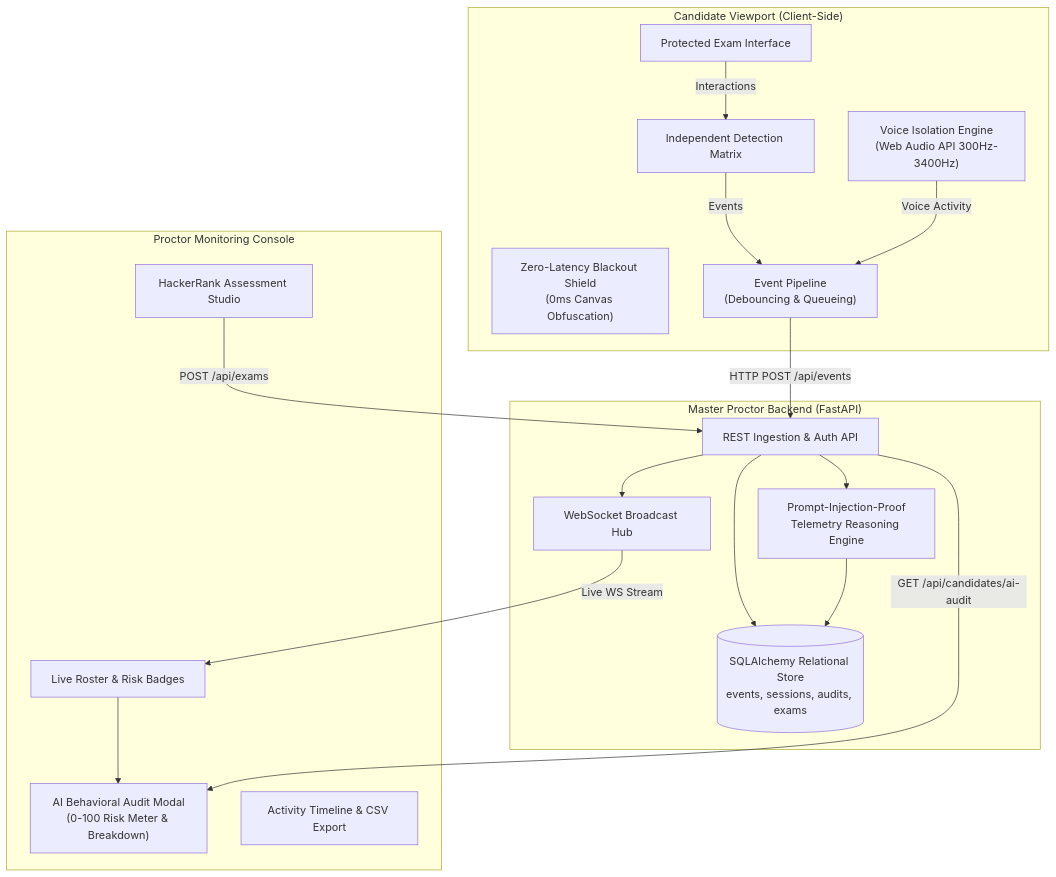
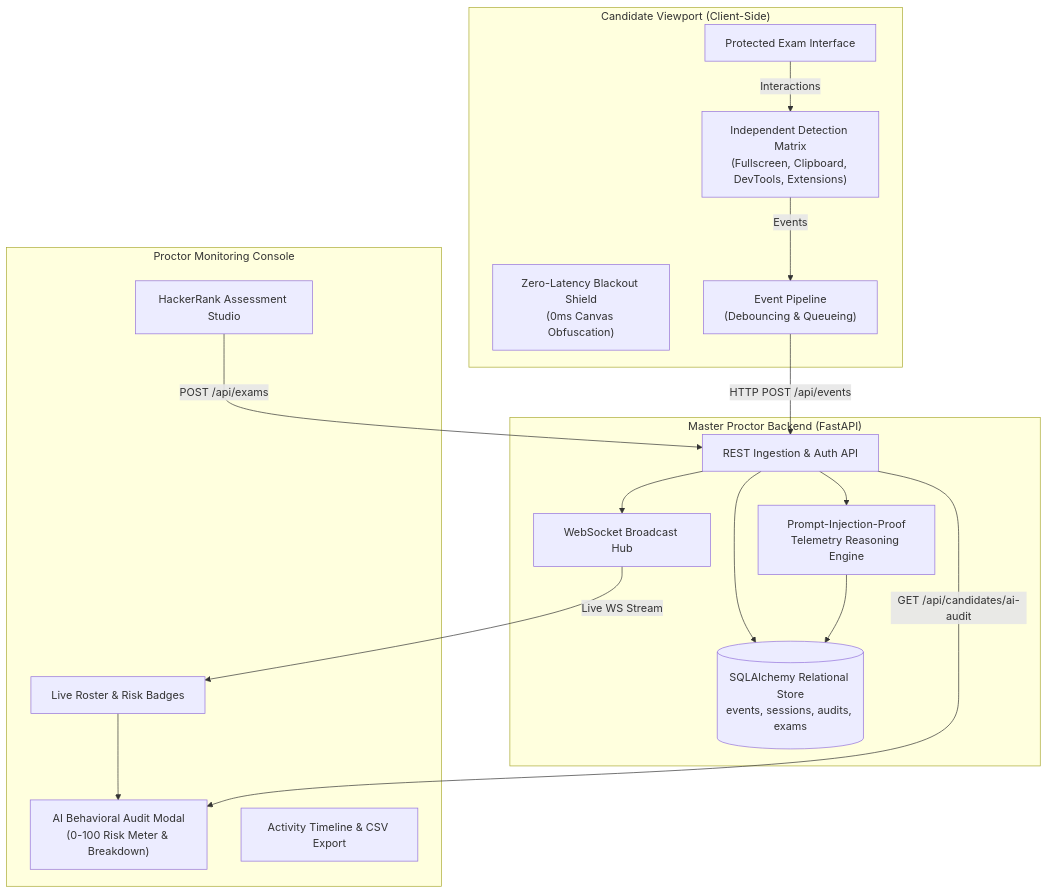
One commit to Yash201005/master-proctor changed the diagram in ExamShield/README.md. Above: the diagram before and after it, drawn with Mermaid. The commit also changed other lines of this file and 7 other files, not shown here.

````diff
--- a/ExamShield/README.md
+++ b/ExamShield/README.md
@@ -45,38 +44,36 @@
 ```mermaid
 flowchart TD
     subgraph Candidate_Browser["Candidate Viewport (Client-Side)"]
         UI["Protected Exam Interface"]
-        DET["Independent Detection Matrix"]
-        AUD["Voice Isolation Engine\n(Web Audio API 300Hz-3400Hz)"]
+        DET["Independent Detection Matrix\n(Fullscreen, Clipboard, DevTools, Extensions)"]
         SHIELD["Zero-Latency Blackout Shield\n(0ms Canvas Obfuscation)"]
         
         DET -->|Events| PIPE["Event Pipeline\n(Debouncing & Queueing)"]
-        AUD -->|Voice Activity| PIPE
         UI -->|Interactions| DET
     end
 
     subgraph Backend_Server["Master Proctor Backend (FastAPI)"]
         API["REST Ingestion & Auth API"]
         WS_HUB["WebSocket Broadcast Hub"]
         AI_ENGINE["Prompt-Injection-Proof\nTelemetry Reasoning Engine"]
         DB[(SQLAlchemy Relational Store\nevents, sessions, audits, exams)]
         
         API --> DB
         API --> WS_HUB
         API --> AI_ENGINE
         AI_ENGINE --> DB
     end
 
     subgraph Proctor_Dashboard["Proctor Monitoring Console"]
         LIVE["Live Roster & Risk Badges"]
         MODAL["AI Behavioral Audit Modal\n(0-100 Risk Meter & Breakdown)"]
         STUDIO["HackerRank Assessment Studio"]
         LOGS["Activity Timeline & CSV Export"]
     end
 
     PIPE -->|HTTP POST /api/events| API
     WS_HUB -->|Live WS Stream| LIVE
     LIVE --> MODAL
     API -->|GET /api/candidates/ai-audit| MODAL
     STUDIO -->|POST /api/exams| API
 ```
````
